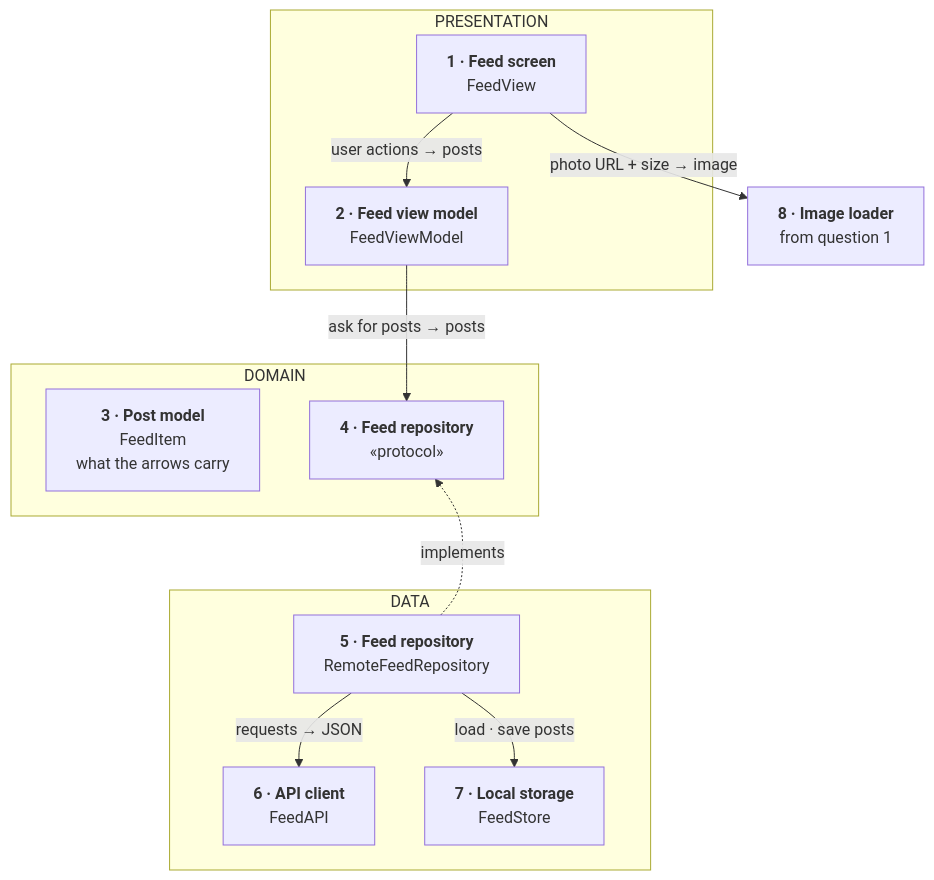
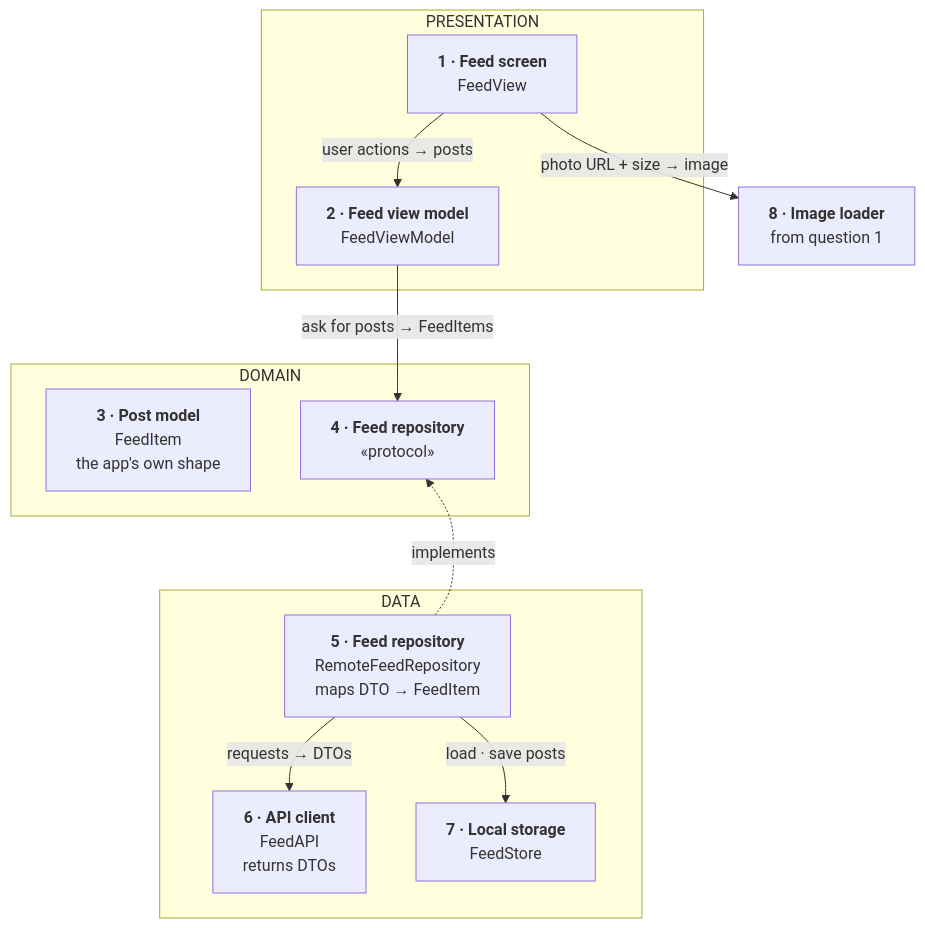
Before and after one commit to rezabina86/reference-desk: the first of 3 diagrams in topics/system-design/02-infinite-photo-feed.md, drawn with Mermaid. The commit also changed other lines of this file and 5 other files, not shown here.

````diff
--- a/topics/system-design/02-infinite-photo-feed.md
+++ b/topics/system-design/02-infinite-photo-feed.md
@@ -137,27 +138,38 @@
 ```mermaid
 flowchart TB
   subgraph P["PRESENTATION"]
-    View["<b>1 · Feed screen</b><br/>FeedView"] -- "user actions → posts" --> VM["<b>2 · Feed view model</b><br/>FeedViewModel"]
+    View["`**1 · Feed screen**
+FeedView`"] -- "user actions → posts" --> VM["`**2 · Feed view model**
+FeedViewModel`"]
   end
   subgraph D["DOMAIN"]
-    Item["<b>3 · Post model</b><br/>FeedItem<br/>what the arrows carry"]
-    Repo["<b>4 · Feed repository</b><br/>«protocol»"]
+    Item["`**3 · Post model**
+FeedItem
+the app's own shape`"]
+    Repo["`**4 · Feed repository**
+«protocol»`"]
   end
   subgraph DA["DATA"]
-    Impl["<b>5 · Feed repository</b><br/>RemoteFeedRepository"]
-    API["<b>6 · API client</b><br/>FeedAPI"]
-    Store["<b>7 · Local storage</b><br/>FeedStore"]
+    Impl["`**5 · Feed repository**
+RemoteFeedRepository
+maps DTO → FeedItem`"]
+    API["`**6 · API client**
+FeedAPI
+returns DTOs`"]
+    Store["`**7 · Local storage**
+FeedStore`"]
   end
-  Pipe["<b>8 · Image loader</b><br/>from question 1"]
-  VM -- "ask for posts → posts" --> Repo
+  Pipe["`**8 · Image loader**
+from question 1`"]
+  VM -- "ask for posts → FeedItems" --> Repo
   Repo ~~~ Impl
   Impl -. "implements" .-> Repo
-  Impl -- "requests → JSON" --> API
+  Impl -- "requests → DTOs" --> API
   Impl -- "load · save posts" --> Store
   View -- "photo URL + size → image" --> Pipe
   class View,VM pres
   class Item,Repo dom
   class Impl,Store data
   class API net
   class Pipe reuse
 ```
````
